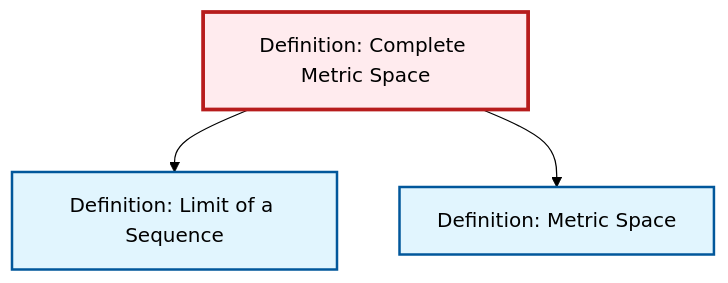
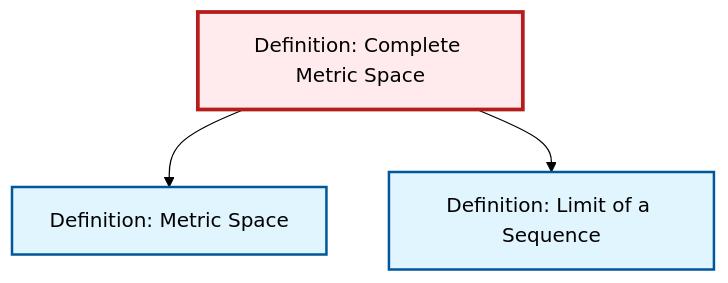
The diagram in content/ja/analysis/def-complete-metric-space.qmd (RK0429/ModernMath), drawn with Mermaid (forest theme) before and after one commit. The commit also changed other lines of this file and 497 other files, not shown here.

````diff
--- a/content/ja/analysis/def-complete-metric-space.qmd
+++ b/content/ja/analysis/def-complete-metric-space.qmd
@@ -61,17 +61,17 @@
 ```{mermaid}
 %%| fig-cap: "Local dependency graph"
 graph TD
     classDef definition fill:#e1f5fe,stroke:#01579b,stroke-width:2px
     classDef theorem fill:#f3e5f5,stroke:#4a148c,stroke-width:2px
     classDef axiom fill:#fff3e0,stroke:#e65100,stroke-width:2px
     classDef example fill:#e8f5e9,stroke:#1b5e20,stroke-width:2px
     classDef current fill:#ffebee,stroke:#b71c1c,stroke-width:3px
-    def-limit["Definition: Limit of a Sequence"]:::definition
     def-metric-space["Definition: Metric Space"]:::definition
     def-complete-metric-space["Definition: Complete Metric Space"]:::definition
+    def-limit["Definition: Limit of a Sequence"]:::definition
+    def-complete-metric-space --> def-metric-space
     def-complete-metric-space --> def-limit
-    def-complete-metric-space --> def-metric-space
     class def-complete-metric-space current
+    click def-metric-space "def-metric-space.html" "Definition: Metric Spaceへ"
     click def-limit "def-limit.html" "Definition: Limit of a Sequenceへ"
-    click def-metric-space "def-metric-space.html" "Definition: Metric Spaceへ"
 ```
````
